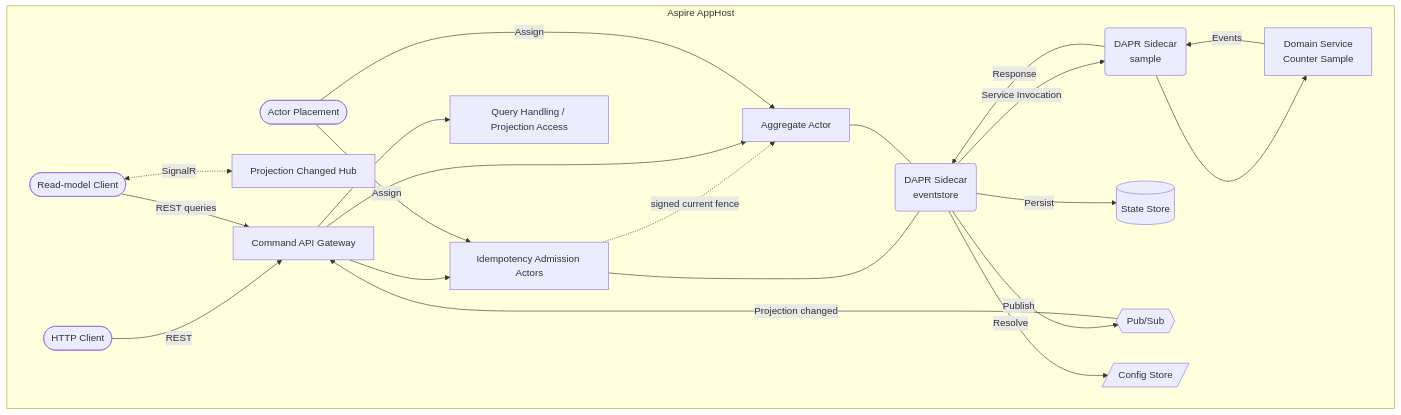
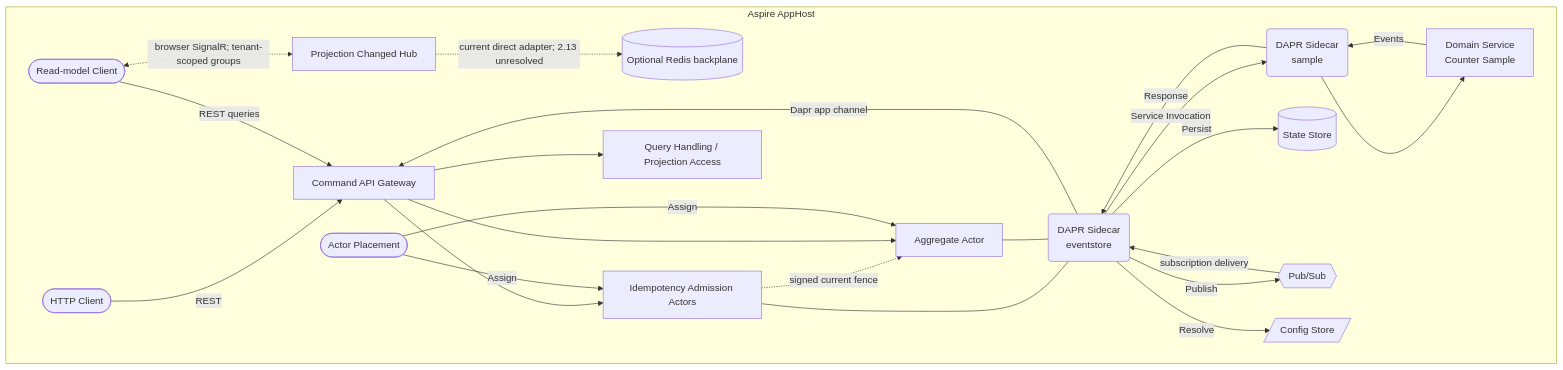
The first of 2 diagrams in docs/concepts/architecture-overview.md (Hexalith/Hexalith.EventStore), drawn with Mermaid before and after one commit. The commit also changed other lines of this file and 48 other files, not shown here.

````diff
--- a/docs/concepts/architecture-overview.md
+++ b/docs/concepts/architecture-overview.md
@@ -19,37 +19,40 @@
 ```mermaid
 flowchart TB
     Client([HTTP Client])
     ReadClient([Read-model Client])
 
     subgraph AppHost["Aspire AppHost"]
         EventStore[Command API Gateway]
         CmdSidecar(DAPR Sidecar<br/>eventstore)
         Sample[Domain Service<br/>Counter Sample]
         SampleSidecar(DAPR Sidecar<br/>sample)
         Admission[Idempotency Admission Actors]
         Actor[Aggregate Actor]
         Query[Query Handling / Projection Access]
         SignalRHub[Projection Changed Hub]
+        RedisBackplane[(Optional Redis backplane)]
         Placement([Actor Placement])
 
         Client -->|REST| EventStore
         ReadClient -->|REST queries| EventStore
-        ReadClient <-.->|SignalR| SignalRHub
+        ReadClient <-.->|browser SignalR; tenant-scoped groups| SignalRHub
+        SignalRHub -.->|current direct adapter; 2.13 unresolved| RedisBackplane
         EventStore --> Admission
         Admission -. signed current fence .-> Actor
         EventStore --> Actor
         EventStore --> Query
         Admission --- CmdSidecar
         Actor --- CmdSidecar
         CmdSidecar -->|Service Invocation| SampleSidecar
         SampleSidecar --> Sample
         Sample -->|Events| SampleSidecar
         SampleSidecar -->|Response| CmdSidecar
         CmdSidecar -->|Persist| StateStore[(State Store)]
         CmdSidecar -->|Publish| PubSub{{Pub/Sub}}
-        PubSub -->|Projection changed| EventStore
+        PubSub -->|subscription delivery| CmdSidecar
+        CmdSidecar -->|Dapr app channel| EventStore
         CmdSidecar -->|Resolve| ConfigStore[/Config Store/]
         Placement -->|Assign| Admission
         Placement -->|Assign| Actor
     end
 ```
````
